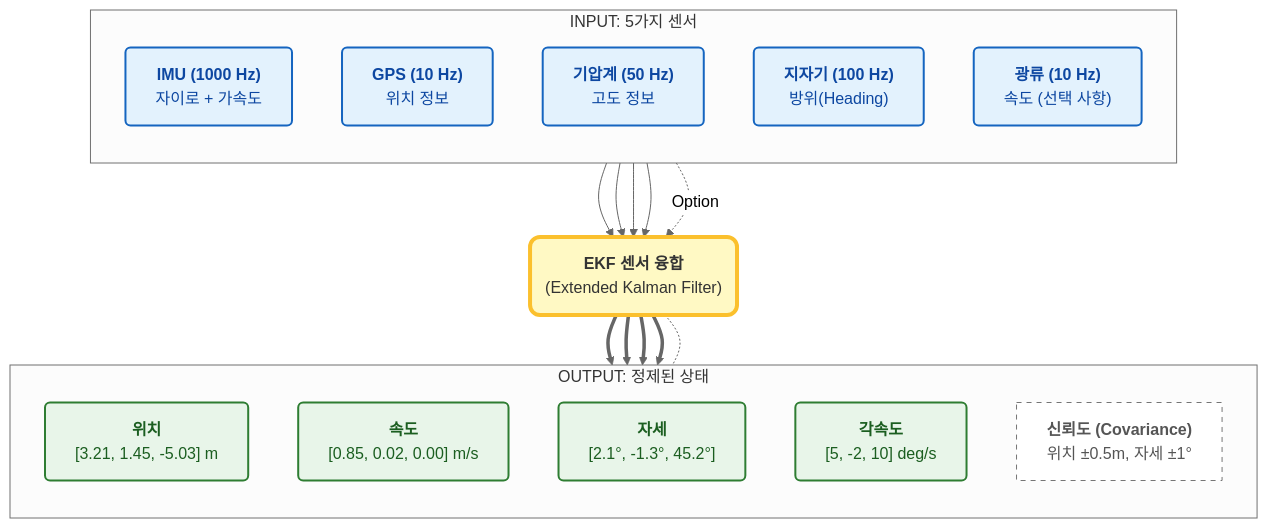
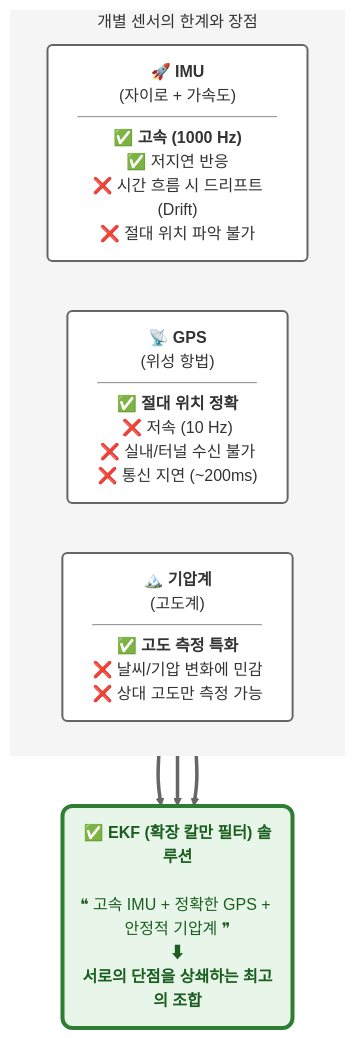
Before and after one commit to Donggeon2960/UAV-study: the diagram in 다이아그램.md, drawn with Mermaid (neutral theme).

````diff
--- a/다이아그램.md
+++ b/다이아그램.md
@@ -1,53 +1,36 @@
 ```mermaid
 
 
 graph TD
-    %% --- 스타일 정의 (색상 및 테두리 설정) ---
-    classDef inputNode fill:#e3f2fd,stroke:#1565c0,stroke-width:2px,color:#0d47a1,rx:5,ry:5;
-    classDef processNode fill:#fff9c4,stroke:#fbc02d,stroke-width:4px,color:#333,rx:10,ry:10;
-    classDef outputNode fill:#e8f5e9,stroke:#2e7d32,stroke-width:2px,color:#1b5e20,rx:5,ry:5;
-    classDef metaNode fill:#ffffff,stroke:#757575,stroke-width:1px,stroke-dasharray: 5 5,color:#555;
+    %% --- 스타일 정의 ---
+    classDef cardNode fill:#ffffff,stroke:#666,stroke-width:2px,rx:5,ry:5,color:#333,text-align:left;
+    classDef solutionNode fill:#e8f5e9,stroke:#2e7d32,stroke-width:4px,rx:10,ry:10,color:#1b5e20;
+    
+    %% --- 센서 1: IMU ---
+    IMU["<div style='text-align:center'><b>🚀 IMU</b><br/>(자이로 + 가속도)</div><hr/>✅ <b>고속 (1000 Hz)</b><br/>✅ 저지연 반응<br/><span style='color:red'>❌ 시간 흐름 시 드리프트(Drift)</span><br/><span style='color:red'>❌ 절대 위치 파악 불가</span>"]:::cardNode
 
-    %% --- 1. 입력 단계 (센서) ---
-    subgraph Input_Layer [INPUT: 5가지 센서]
-        direction TB
-        %% 센서 노드 정의 (HTML 태그로 줄바꿈 및 강조)
-        IMU["<b>IMU (1000 Hz)</b><br/>자이로 + 가속도"]:::inputNode
-        GPS["<b>GPS (10 Hz)</b><br/>위치 정보"]:::inputNode
-        Baro["<b>기압계 (50 Hz)</b><br/>고도 정보"]:::inputNode
-        Mag["<b>지자기 (100 Hz)</b><br/>방위(Heading)"]:::inputNode
-        Flow["<b>광류 (10 Hz)</b><br/>속도 (선택 사항)"]:::inputNode
+    %% --- 센서 2: GPS ---
+    GPS["<div style='text-align:center'><b>📡 GPS</b><br/>(위성 항법)</div><hr/>✅ <b>절대 위치 정확</b><br/><span style='color:red'>❌ 저속 (10 Hz)</span><br/><span style='color:red'>❌ 실내/터널 수신 불가</span><br/><span style='color:red'>❌ 통신 지연 (~200ms)</span>"]:::cardNode
+
+    %% --- 센서 3: 기압계 ---
+    BARO["<div style='text-align:center'><b>🏔️ 기압계</b><br/>(고도계)</div><hr/>✅ <b>고도 측정 특화</b><br/><span style='color:red'>❌ 날씨/기압 변화에 민감</span><br/><span style='color:red'>❌ 상대 고도만 측정 가능</span>"]:::cardNode
+
+    %% --- 해결책: EKF ---
+    EKF("<b>✅ EKF (확장 칼만 필터) 솔루션</b><br/><br/>❝ 고속 IMU + 정확한 GPS + 안정적 기압계 ❞<br/>⬇<br/><b>서로의 단점을 상쇄하는 최고의 조합</b>"):::solutionNode
+
+    %% --- 연결선 ---
+    IMU ==> EKF
+    GPS ==> EKF
+    BARO ==> EKF
+
+    %% --- 배경 그룹 (선택사항) ---
+    subgraph Inputs [개별 센서의 한계와 장점]
+        direction LR
+        IMU
+        GPS
+        BARO
     end
-
-    %% --- 2. 처리 단계 (EKF) ---
-    %% 중심 노드
-    EKF("<b>EKF 센서 융합</b><br/>(Extended Kalman Filter)"):::processNode
-
-    %% --- 3. 출력 단계 (정제된 데이터) ---
-    subgraph Output_Layer [OUTPUT: 정제된 상태]
-        direction TB
-        Pos["<b>위치</b><br/>[3.21, 1.45, -5.03] m"]:::outputNode
-        Vel["<b>속도</b><br/>[0.85, 0.02, 0.00] m/s"]:::outputNode
-        Att["<b>자세</b><br/>[2.1°, -1.3°, 45.2°]"]:::outputNode
-        Rate["<b>각속도</b><br/>[5, -2, 10] deg/s"]:::outputNode
-        
-        %% 신뢰도 정보 (별도 스타일)
-        Conf["<b>신뢰도 (Covariance)</b><br/>위치 ±0.5m, 자세 ±1°"]:::metaNode
-    end
-
-    %% --- 연결선 정의 ---
-    %% 센서 -> EKF 연결
-    IMU --> EKF
-    GPS --> EKF
-    Baro --> EKF
-    Mag --> EKF
-    Flow -.->|Option| EKF
-
-    %% EKF -> 출력 연결
-    EKF ==> Pos
-    EKF ==> Vel
-    EKF ==> Att
-    EKF ==> Rate
-    EKF -.- Conf
+    
+    style Inputs fill:#f5f5f5,stroke:none
 
 ```
````
